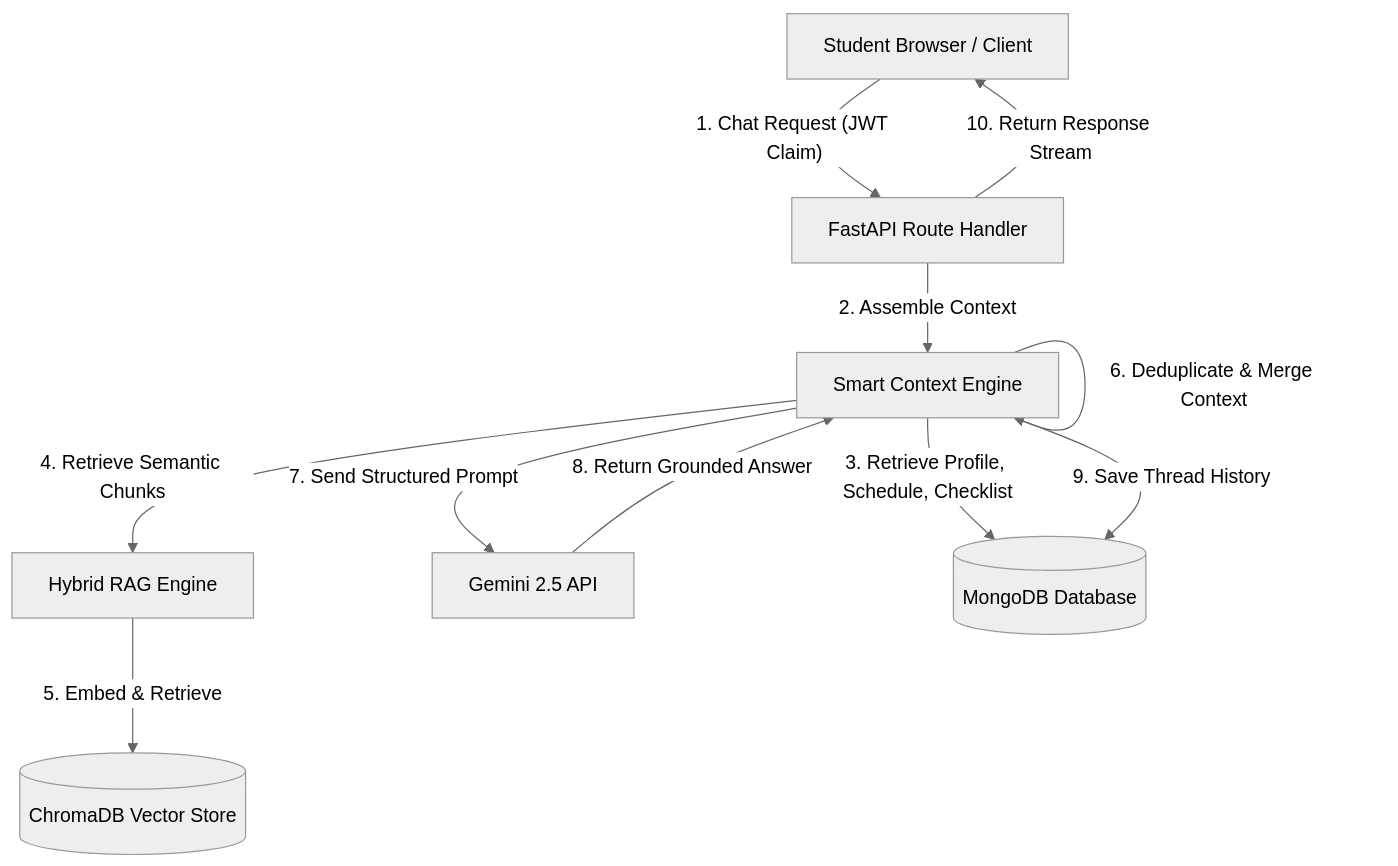
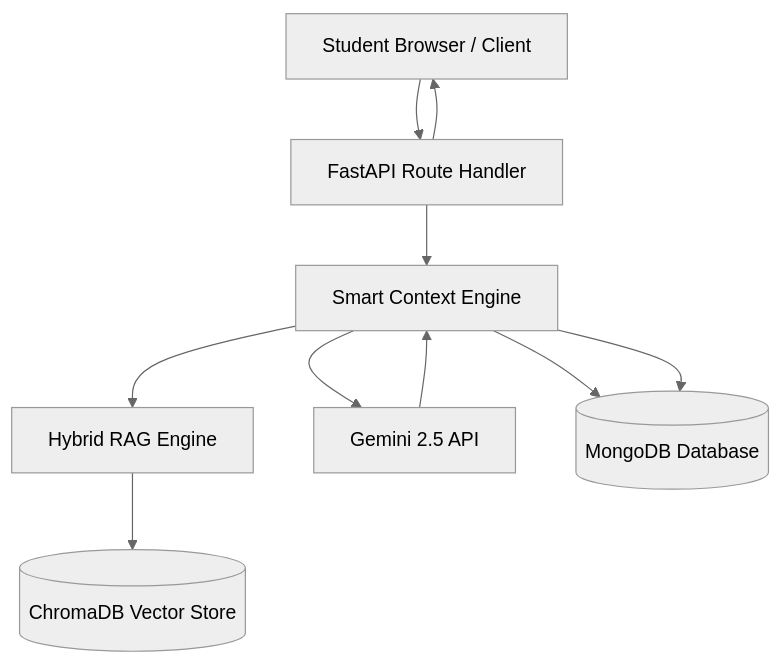
Before and after one commit to Anugrahbhuinya/BITAtlas: the first of 3 diagrams in docs/architecture.md, drawn with Mermaid (neutral theme). The commit also changed other lines of this file and 5 other files, not shown here.

````diff
--- a/docs/architecture.md
+++ b/docs/architecture.md
@@ -11,22 +11,21 @@
 ```mermaid
 graph TD
-    Client[Student Browser / Client]
-    Router[FastAPI Route Handler]
-    ContextEngine[Smart Context Engine]
-    RAG[Hybrid RAG Engine]
-    LLM[Gemini 2.5 API]
-    Mongo[(MongoDB Database)]
-    Chroma[(ChromaDB Vector Store)]
+    Client["Student Browser / Client"]
+    Router["FastAPI Route Handler"]
+    ContextEngine["Smart Context Engine"]
+    RAG["Hybrid RAG Engine"]
+    LLM["Gemini 2.5 API"]
+    Mongo[("MongoDB Database")]
+    Chroma[("ChromaDB Vector Store")]
 
-    Client -->|"1. Chat Request (JWT Claim)"| Router
-    Router -->|"2. Assemble Context"| ContextEngine
-    ContextEngine -->|"3. Retrieve Profile, Schedule, Checklist"| Mongo
-    ContextEngine -->|"4. Retrieve Semantic Chunks"| RAG
-    RAG -->|"5. Embed & Retrieve"| Chroma
+    Client --> Router
+    Router --> ContextEngine
+    ContextEngine --> Mongo
+    ContextEngine --> RAG
+    RAG --> Chroma
     
-    ContextEngine -->|"6. Deduplicate & Merge Context"| ContextEngine
-    ContextEngine -->|"7. Send Structured Prompt"| LLM
-    LLM -->|"8. Return Grounded Answer"| ContextEngine
-    ContextEngine -->|"9. Save Thread History"| Mongo
-    Router -->|"10. Return Response Stream"| Client
+    ContextEngine --> LLM
+    LLM --> ContextEngine
+    ContextEngine --> Mongo
+    Router --> Client
 ```
````
